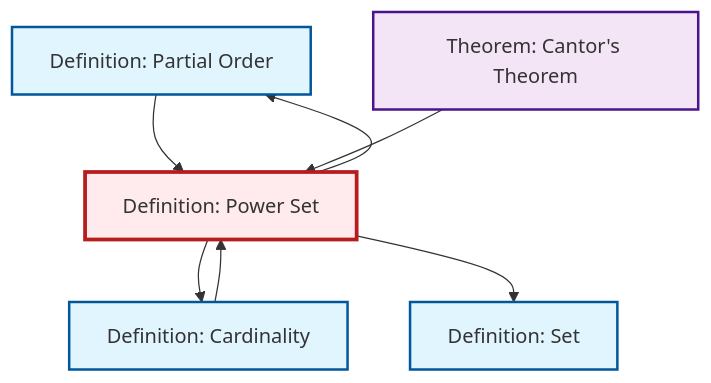
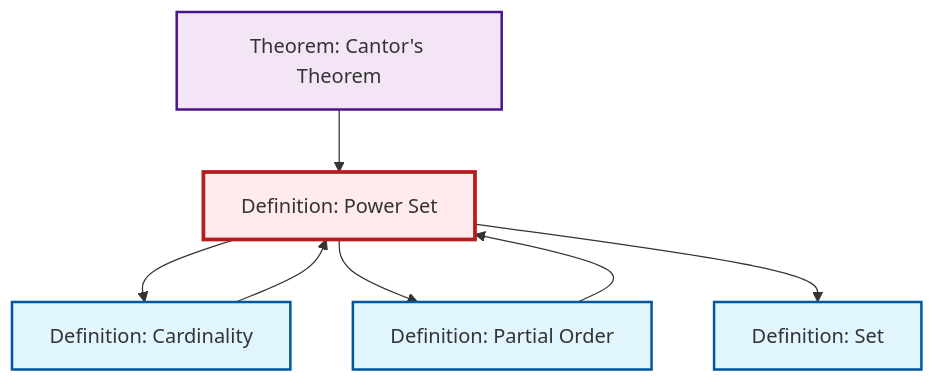
Before and after one commit to RK0429/ModernMath: the second of 2 diagrams in content/en/logic-set-theory/def-power-set.qmd, drawn with Mermaid. The commit also changed other lines of this file and 672 other files, not shown here.

````diff
--- a/content/en/logic-set-theory/def-power-set.qmd
+++ b/content/en/logic-set-theory/def-power-set.qmd
@@ -69,25 +69,25 @@
 ```{mermaid}
 %%| fig-cap: "Local dependency graph"
 graph TD
     classDef definition fill:#e1f5fe,stroke:#01579b,stroke-width:2px
     classDef theorem fill:#f3e5f5,stroke:#4a148c,stroke-width:2px
     classDef axiom fill:#fff3e0,stroke:#e65100,stroke-width:2px
     classDef example fill:#e8f5e9,stroke:#1b5e20,stroke-width:2px
     classDef current fill:#ffebee,stroke:#b71c1c,stroke-width:3px
+    def-set["Definition: Set"]:::definition
+    def-power-set["Definition: Power Set"]:::definition
     def-partial-order["Definition: Partial Order"]:::definition
-    def-set["Definition: Set"]:::definition
+    thm-cantor["Theorem: Cantor's Theorem"]:::theorem
     def-cardinality["Definition: Cardinality"]:::definition
-    thm-cantor["Theorem: Cantor's Theorem"]:::theorem
-    def-power-set["Definition: Power Set"]:::definition
     def-power-set --> def-cardinality
+    def-cardinality --> def-power-set
+    thm-cantor --> def-power-set
     def-partial-order --> def-power-set
-    thm-cantor --> def-power-set
+    def-power-set --> def-partial-order
     def-power-set --> def-set
-    def-cardinality --> def-power-set
-    def-power-set --> def-partial-order
     class def-power-set current
+    click def-set "def-set.html" "Go to Set definition"
     click def-partial-order "def-partial-order.html" "Go to Partial Order definition"
-    click def-set "def-set.html" "Go to Set definition"
+    click thm-cantor "thm-cantor.html" "Go to Cantor's Theorem theorem"
     click def-cardinality "def-cardinality.html" "Go to Cardinality definition"
-    click thm-cantor "thm-cantor.html" "Go to Cantor's Theorem theorem"
 ```
````
